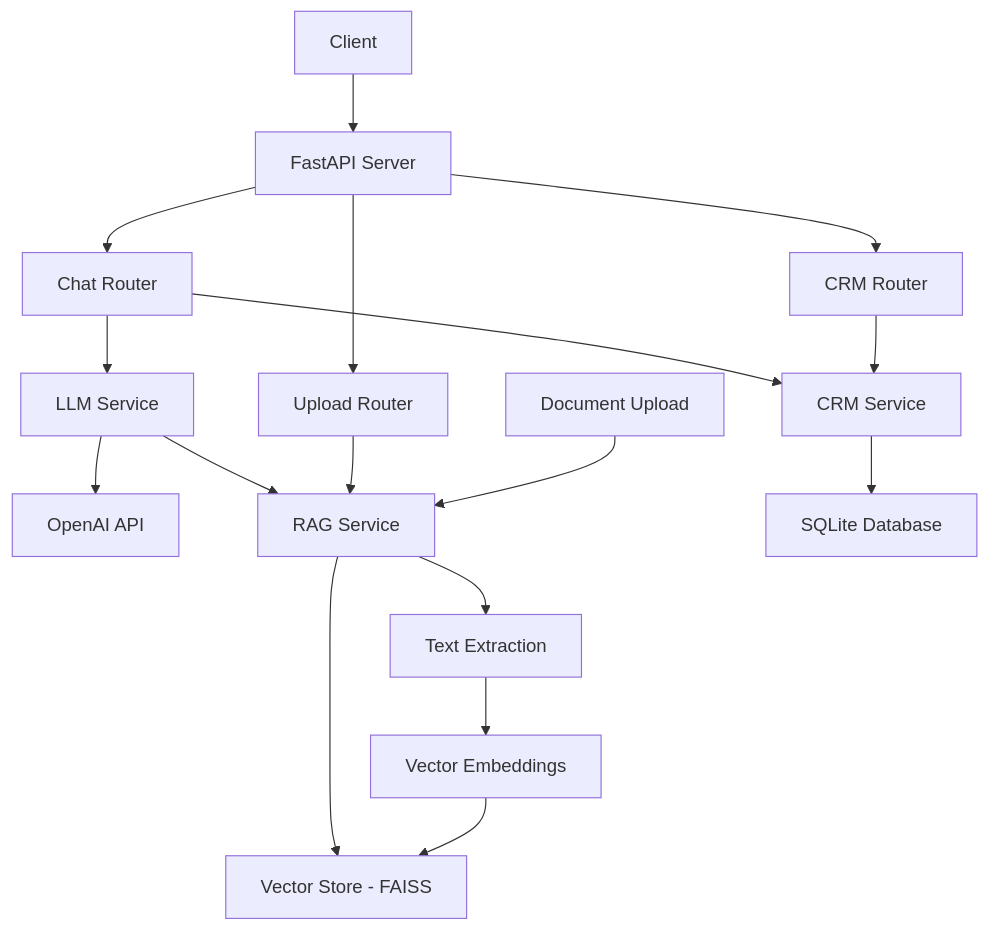
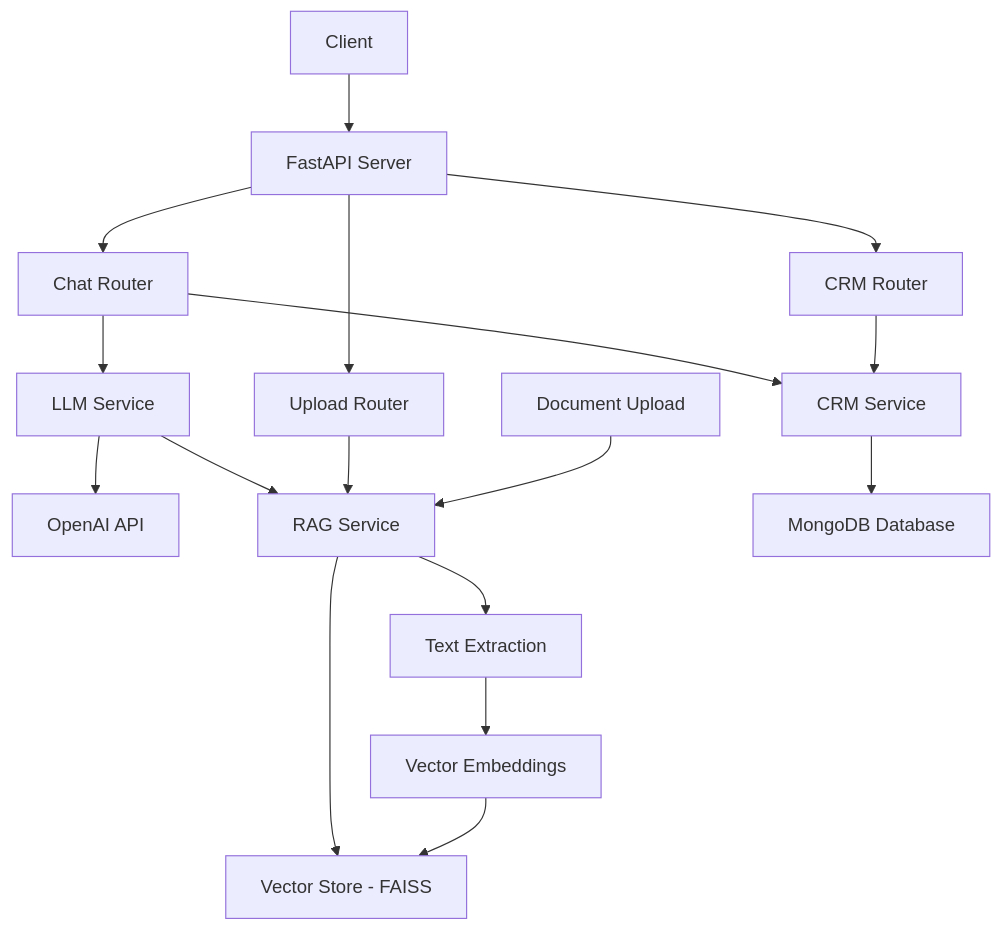
The diagram in README.md (darsh-foryou/Hackathon), drawn with Mermaid before and after one commit.

````diff
--- a/README.md
+++ b/README.md
@@ -16,23 +16,23 @@
 ```mermaid
 graph TB
     A[Client] --> B[FastAPI Server]
     B --> C[Chat Router]
     B --> D[Upload Router]
     B --> E[CRM Router]
     
     C --> F[LLM Service]
     C --> G[CRM Service]
     F --> H[OpenAI API]
     F --> I[RAG Service]
     
     D --> I
     I --> J[Vector Store - FAISS]
     
     E --> G
-    G --> K[SQLite Database]
+    G --> K[MongoDB Database]
     
     L[Document Upload] --> I
     I --> M[Text Extraction]
     M --> N[Vector Embeddings]
     N --> J
 ```
````
